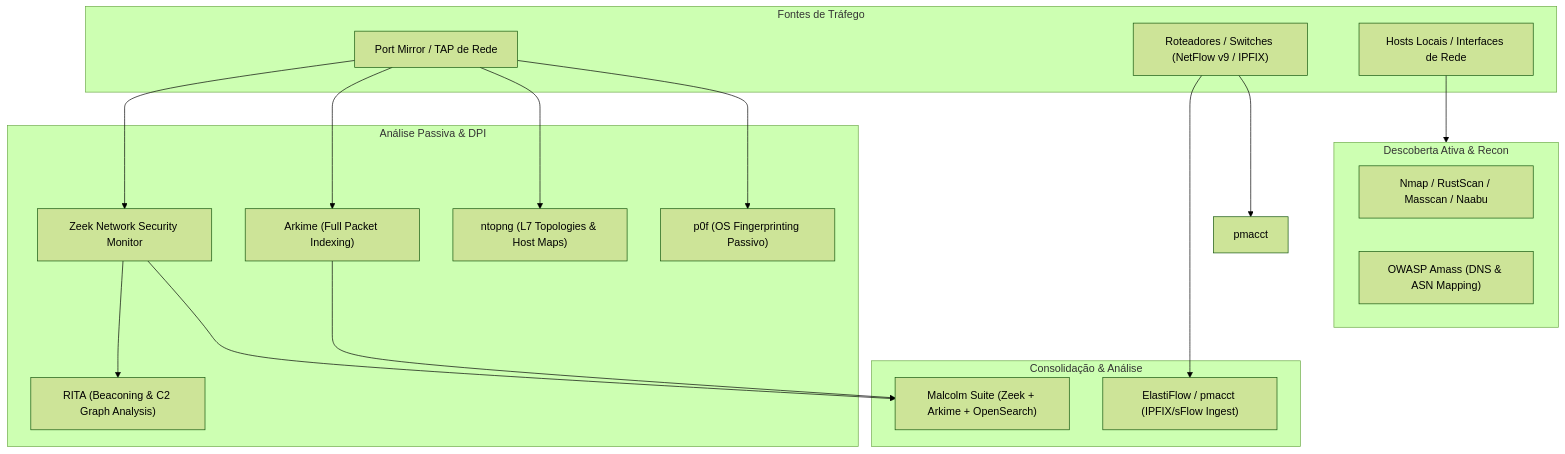
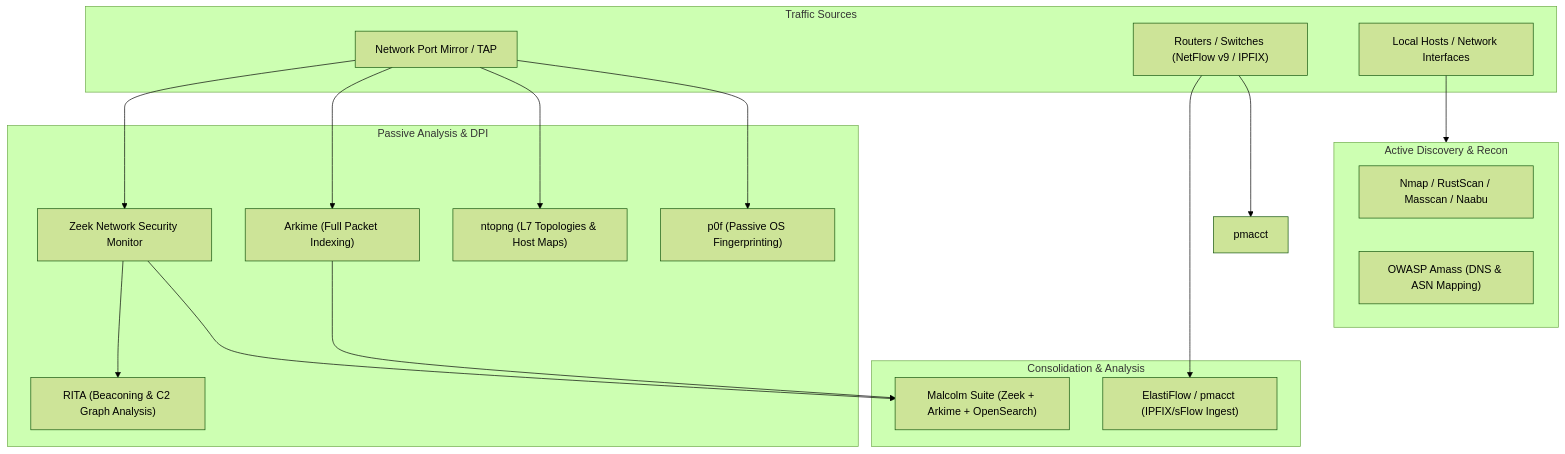
Before and after one commit to dandgabr/Coacus: the diagram in knowledge/skills/mapping/network-flow-discovery/SKILL.md, drawn with Mermaid (forest theme). The commit also changed other lines of this file and 143 other files, not shown here.

````diff
--- a/knowledge/skills/mapping/network-flow-discovery/SKILL.md
+++ b/knowledge/skills/mapping/network-flow-discovery/SKILL.md
@@ -16,32 +16,32 @@
 ```mermaid
 flowchart TD
-    subgraph TrafficSources["Fontes de Tráfego"]
-        SPAN["Port Mirror / TAP de Rede"]
-        NETFLOW["Roteadores / Switches (NetFlow v9 / IPFIX)"]
-        HOST["Hosts Locais / Interfaces de Rede"]
+    subgraph TrafficSources["Traffic Sources"]
+        SPAN["Network Port Mirror / TAP"]
+        NETFLOW["Routers / Switches (NetFlow v9 / IPFIX)"]
+        HOST["Local Hosts / Network Interfaces"]
     end
 
-    subgraph PassiveInspection["Análise Passiva & DPI"]
+    subgraph PassiveInspection["Passive Analysis & DPI"]
         ZEEK["Zeek Network Security Monitor"]
         NTOPNG["ntopng (L7 Topologies & Host Maps)"]
         ARKIME["Arkime (Full Packet Indexing)"]
-        P0F["p0f (OS Fingerprinting Passivo)"]
+        P0F["p0f (Passive OS Fingerprinting)"]
         RITA["RITA (Beaconing & C2 Graph Analysis)"]
     end
 
-    subgraph ActiveDiscovery["Descoberta Ativa & Recon"]
+    subgraph ActiveDiscovery["Active Discovery & Recon"]
         NMAP["Nmap / RustScan / Masscan / Naabu"]
         AMASS["OWASP Amass (DNS & ASN Mapping)"]
     end
 
-    subgraph IngestionFlow["Consolidação & Análise"]
+    subgraph IngestionFlow["Consolidation & Analysis"]
         ELASTIFLOW["ElastiFlow / pmacct (IPFIX/sFlow Ingest)"]
         MALCOLM["Malcolm Suite (Zeek + Arkime + OpenSearch)"]
     end
 
     SPAN --> ZEEK & ARKIME & NTOPNG & P0F
     NETFLOW --> ELASTIFLOW & pmacct
     HOST --> ActiveDiscovery
     ZEEK --> RITA & MALCOLM
     ARKIME --> MALCOLM
 ```
````
